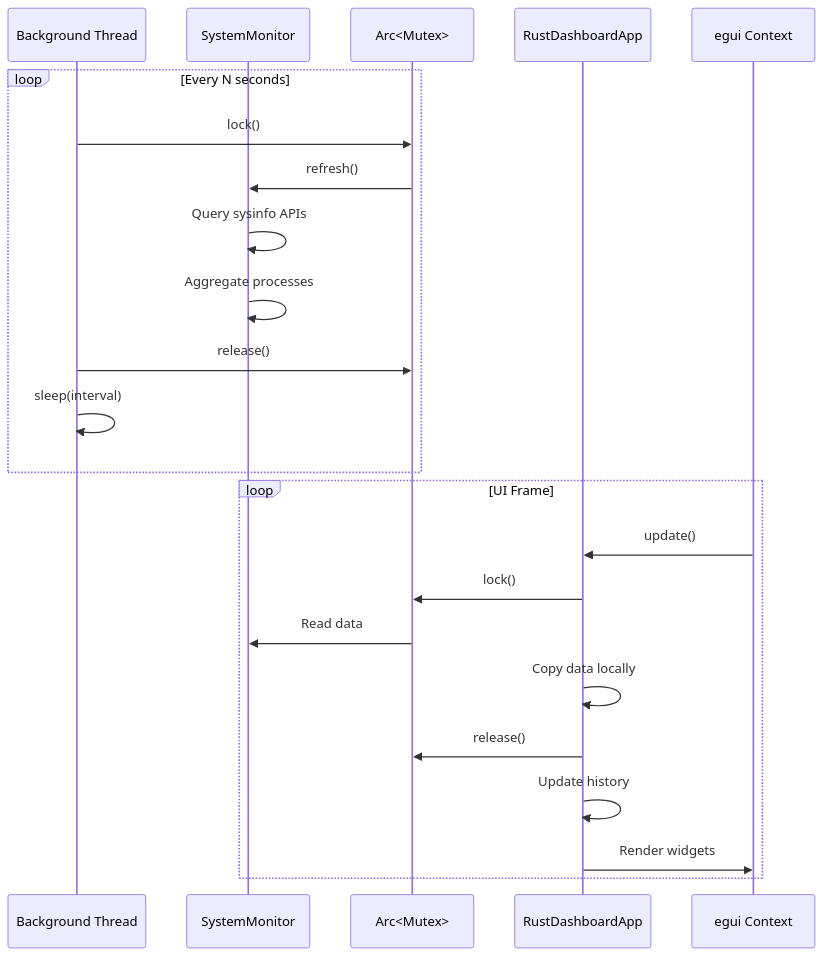
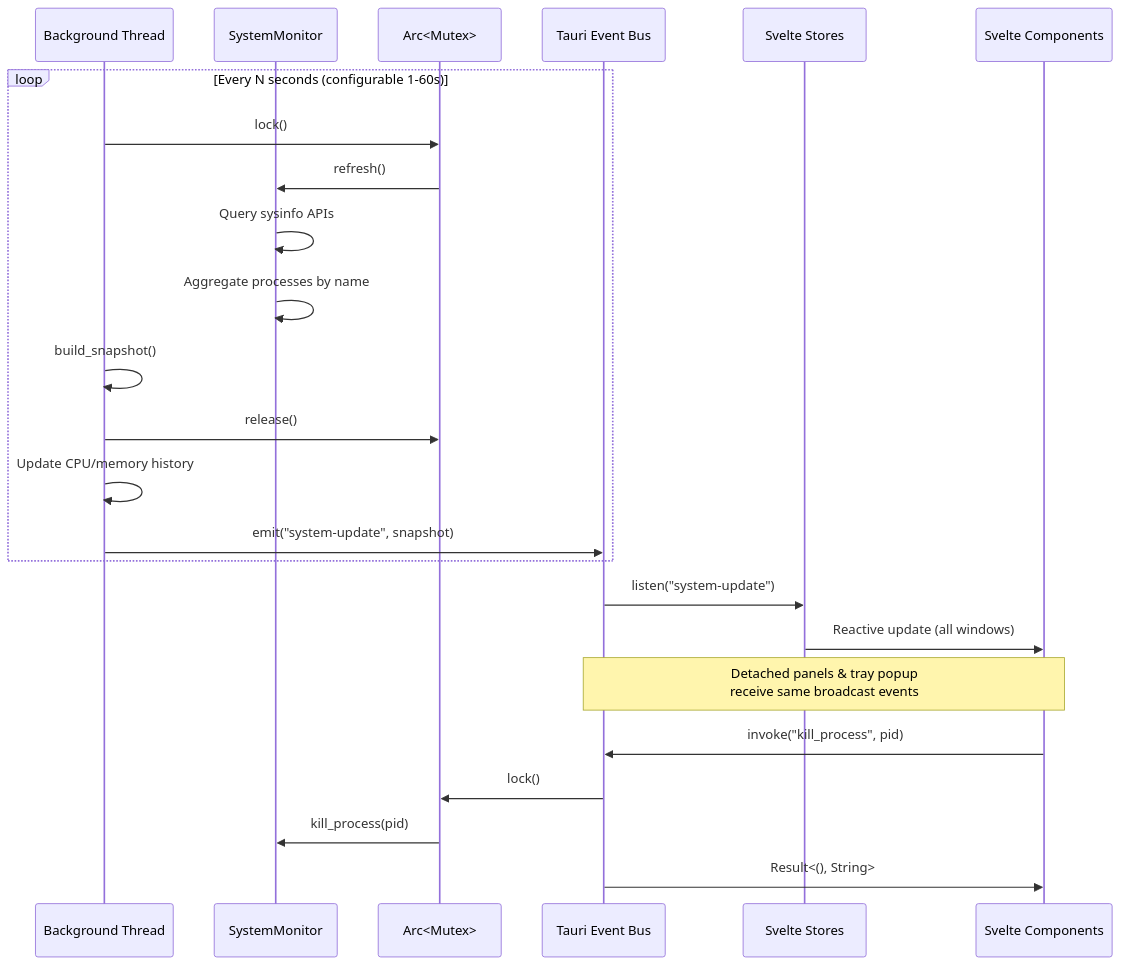
The second of 3 diagrams in .portfolio/architecture.md (Technical-1/Rust-Dashboard), drawn with Mermaid before and after one commit. The commit also changed other lines of this file and 3 other files, not shown here.

First line of the commit message:
docs: update portfolio and README for Tauri v2 + SvelteKit architecture

````diff
--- a/.portfolio/architecture.md
+++ b/.portfolio/architecture.md
@@ -66,27 +69,30 @@
 ```mermaid
 sequenceDiagram
     participant BG as Background Thread
     participant SM as SystemMonitor
     participant MUTEX as Arc<Mutex>
-    participant APP as RustDashboardApp
-    participant UI as egui Context
+    participant TAURI as Tauri Event Bus
+    participant STORE as Svelte Stores
+    participant UI as Svelte Components
 
-    loop Every N seconds
+    loop Every N seconds (configurable 1-60s)
         BG->>MUTEX: lock()
         MUTEX->>SM: refresh()
         SM->>SM: Query sysinfo APIs
-        SM->>SM: Aggregate processes
+        SM->>SM: Aggregate processes by name
+        BG->>BG: build_snapshot()
         BG->>MUTEX: release()
-        BG->>BG: sleep(interval)
+        BG->>BG: Update CPU/memory history
+        BG->>TAURI: emit("system-update", snapshot)
     end
 
-    loop UI Frame
-        UI->>APP: update()
-        APP->>MUTEX: lock()
-        MUTEX->>SM: Read data
-        APP->>APP: Copy data locally
-        APP->>MUTEX: release()
-        APP->>APP: Update history
-        APP->>UI: Render widgets
-    end
+    TAURI->>STORE: listen("system-update")
+    STORE->>UI: Reactive update (all windows)
+
+    Note over UI,TAURI: Detached panels & tray popup<br>receive same broadcast events
+
+    UI->>TAURI: invoke("kill_process", pid)
+    TAURI->>MUTEX: lock()
+    MUTEX->>SM: kill_process(pid)
+    TAURI->>UI: Result<(), String>
 ```
````
